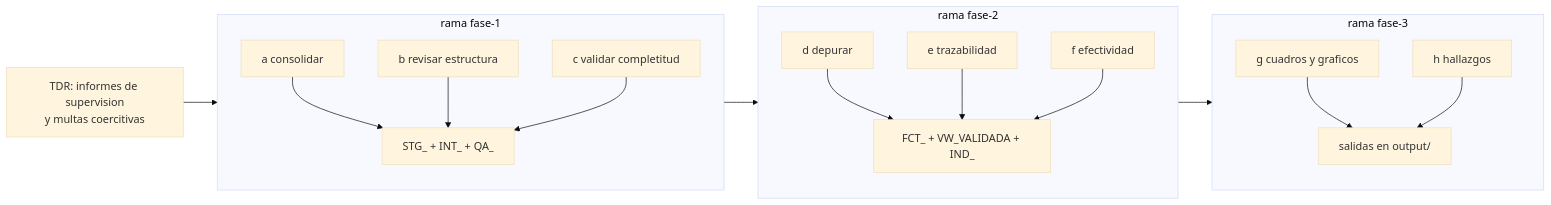
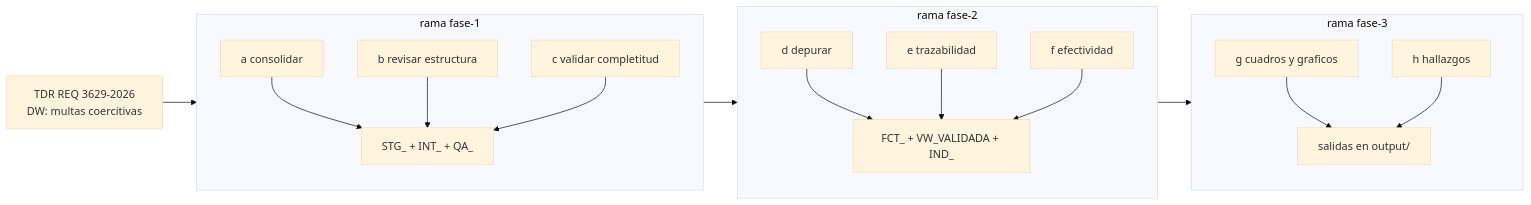
The fourth of 4 diagrams in docs/arquitectura.md (nwodevops/multa_informes_etl), drawn with Mermaid (base theme) before and after one commit. The commit also changed 51 other files, not shown here.

````diff
--- a/docs/arquitectura.md
+++ b/docs/arquitectura.md
@@ -201,34 +201,34 @@
 ```mermaid
 flowchart LR
-  TDR["TDR: informes de supervision<br/>y multas coercitivas"]
+  TDR["TDR REQ 3629-2026<br/>DW: multas coercitivas"]
 
   subgraph f1 [rama fase-1]
     A["a consolidar"]
     B["b revisar estructura"]
     C["c validar completitud"]
     CAPA1["STG_ + INT_ + QA_"]
   end
 
   subgraph f2 [rama fase-2]
     D["d depurar"]
     E["e trazabilidad"]
     F["f efectividad"]
     CAPA2["FCT_ + VW_VALIDADA + IND_"]
   end
 
   subgraph f3 [rama fase-3]
     G["g cuadros y graficos"]
     H["h hallazgos"]
     CAPA3["salidas en output/"]
   end
 
   TDR --> f1 --> f2 --> f3
   A --> CAPA1
   B --> CAPA1
   C --> CAPA1
   D --> CAPA2
   E --> CAPA2
   F --> CAPA2
   G --> CAPA3
   H --> CAPA3
 ```
````
